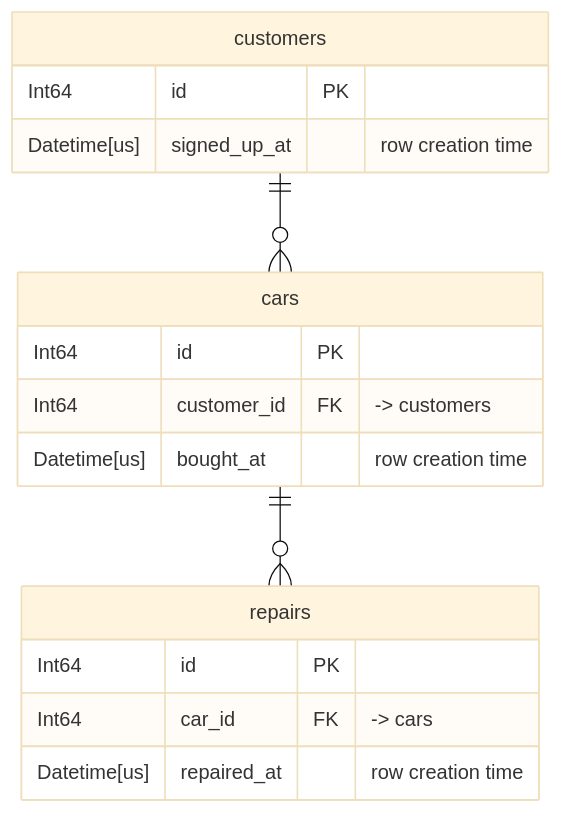
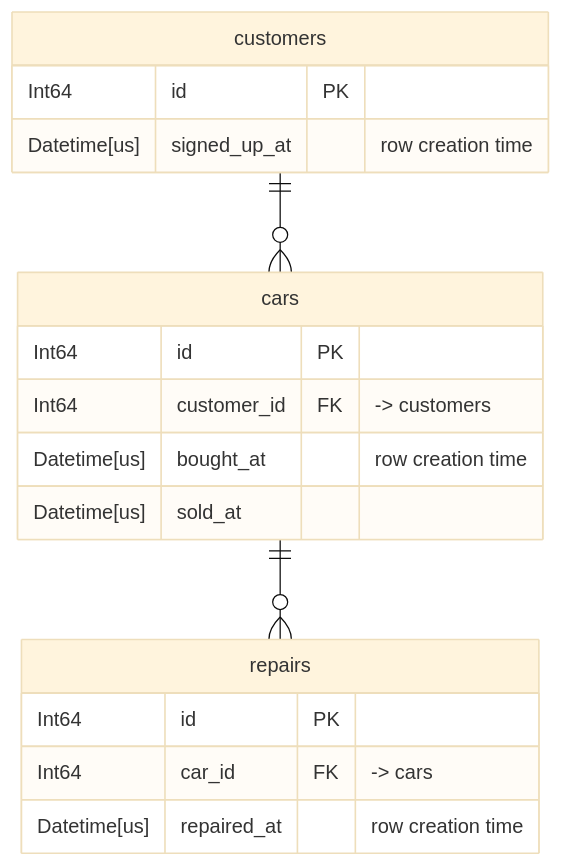
Before and after one commit to Excidion/tusk: the second of 2 diagrams in docs/guide/databases.md, drawn with Mermaid (base theme). The commit also changed other lines of this file, not shown here.

First line of the commit message:
docs: show sold_at in the garage diagram, drop masking jargon

````diff
--- a/docs/guide/databases.md
+++ b/docs/guide/databases.md
@@ -254,19 +254,20 @@
 ```mermaid
 erDiagram
   "customers" {
     Int64 id PK
     Datetime[us] signed_up_at "row creation time"
   }
   "cars" {
     Int64 id PK
     Int64 customer_id FK "-> customers"
     Datetime[us] bought_at "row creation time"
+    Datetime[us] sold_at
   }
   "repairs" {
     Int64 id PK
     Int64 car_id FK "-> cars"
     Datetime[us] repaired_at "row creation time"
   }
   "customers" 1 to 0+ "cars" : ""
   "cars" 1 to 0+ "repairs" : ""
 ```
````
